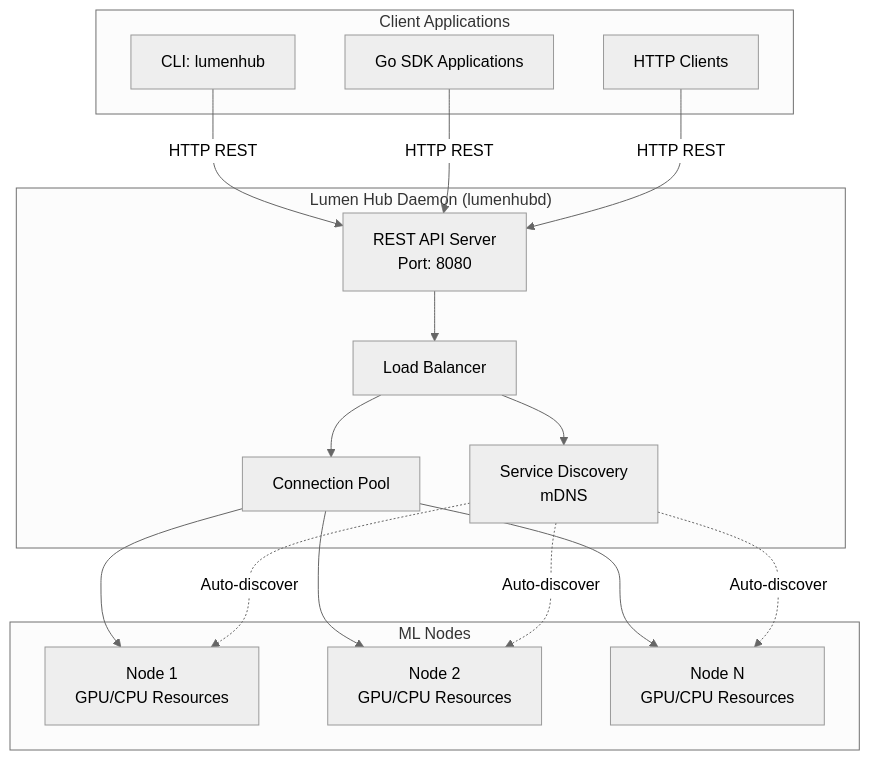
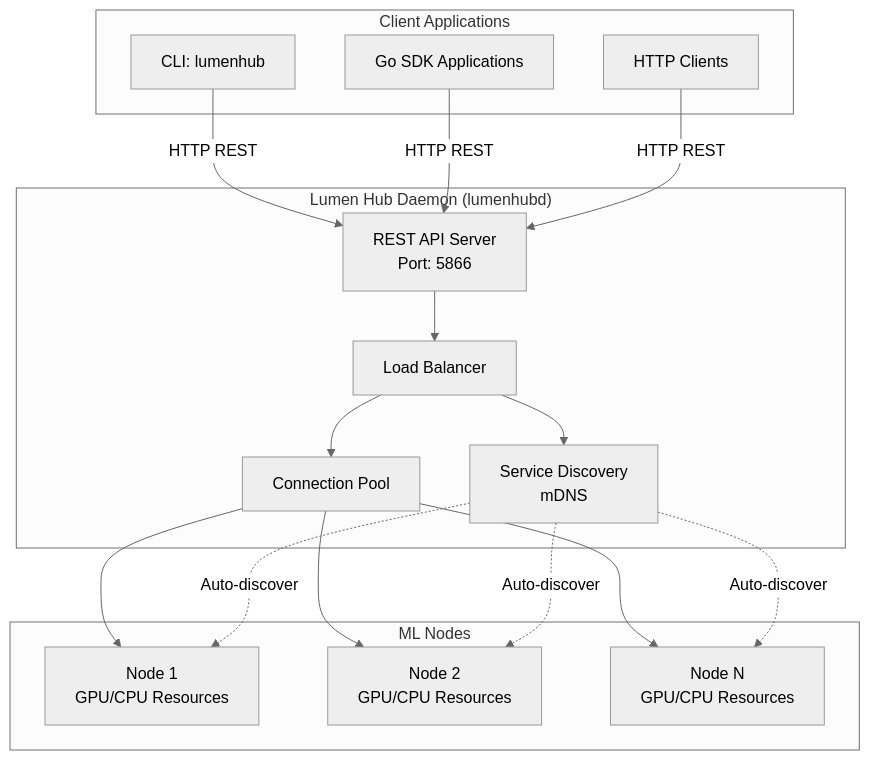
Before and after one commit to EdwinZhanCN/Lumen-SDK: the diagram in README.md, drawn with Mermaid (neutral theme). The commit also changed other lines of this file and 34 other files, not shown here.

````diff
--- a/README.md
+++ b/README.md
@@ -106,36 +127,36 @@
 ```mermaid
 graph TB
     subgraph "Lumen Hub Daemon (lumenhubd)"
-        REST[REST API Server<br/>Port: 8080]
+        REST[REST API Server<br/>Port: 5866]
         LB[Load Balancer]
         DISC[Service Discovery<br/>mDNS]
         POOL[Connection Pool]
     end
 
     subgraph "Client Applications"
         CLI[CLI: lumenhub]
         SDK[Go SDK Applications]
         HTTP[HTTP Clients]
     end
 
     subgraph "ML Nodes"
         N1[Node 1<br/>GPU/CPU Resources]
         N2[Node 2<br/>GPU/CPU Resources]
         N3[Node N<br/>GPU/CPU Resources]
     end
 
     CLI -->|HTTP REST| REST
     SDK -->|HTTP REST| REST
     HTTP -->|HTTP REST| REST
 
     REST --> LB
     LB --> DISC
     LB --> POOL
     POOL --> N1
     POOL --> N2
     POOL --> N3
 
     DISC -.->|Auto-discover| N1
     DISC -.->|Auto-discover| N2
     DISC -.->|Auto-discover| N3
 ```
````
